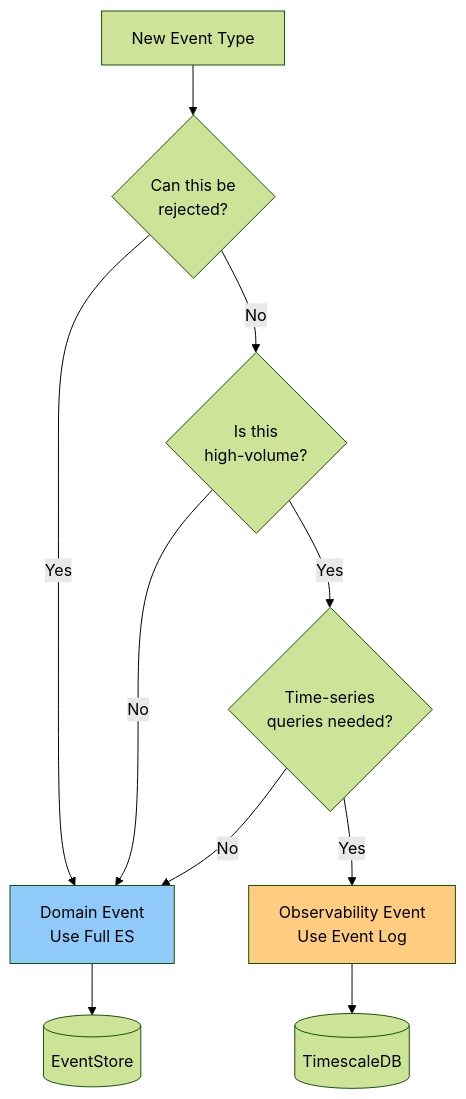
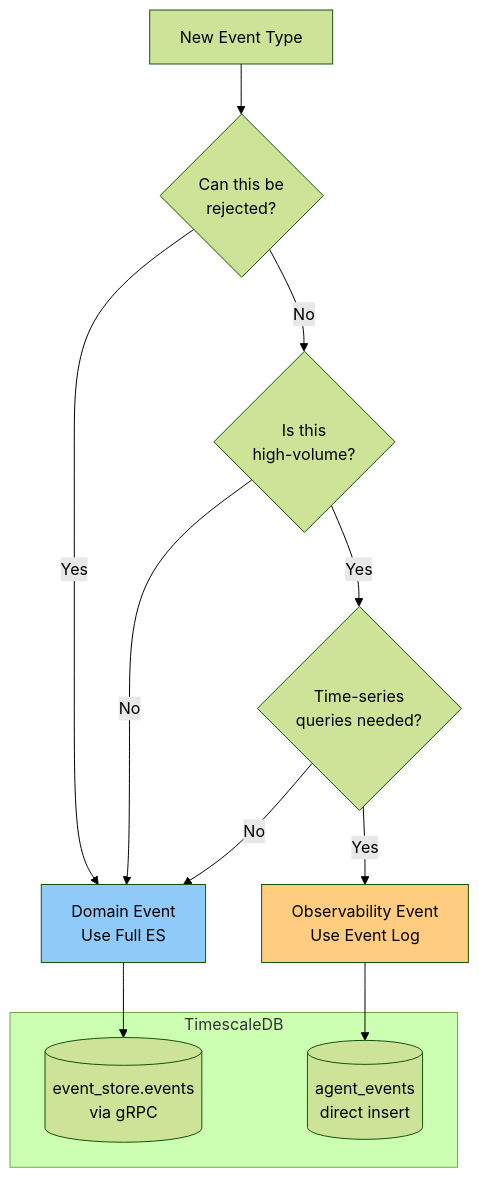
Before and after one commit to syntropic137/syntropic137: the fifth of 5 diagrams in docs/architecture/event-architecture.md, drawn with Mermaid (forest theme). The commit also changed other lines of this file, not shown here.

First line of the commit message:
docs(architecture): clarify unified TimescaleDB storage

````diff
--- a/docs/architecture/event-architecture.md
+++ b/docs/architecture/event-architecture.md
@@ -284,20 +297,25 @@
 ```mermaid
 flowchart TD
     start[New Event Type]
     
     start --> q1{Can this be<br/>rejected?}
     q1 -->|Yes| domain[Domain Event<br/>Use Full ES]
     q1 -->|No| q2{Is this<br/>high-volume?}
     
     q2 -->|No| domain
     q2 -->|Yes| q3{Time-series<br/>queries needed?}
     
     q3 -->|Yes| obs[Observability Event<br/>Use Event Log]
     q3 -->|No| domain
     
-    domain --> es[(EventStore)]
-    obs --> ts[(TimescaleDB)]
+    domain --> es[(event_store.events<br/>via gRPC)]
+    obs --> ts[(agent_events<br/>direct insert)]
+    
+    subgraph db["TimescaleDB"]
+        es
+        ts
+    end
     
     style domain fill:#90caf9,color:#000
     style obs fill:#ffcc80,color:#000
 ```
````
